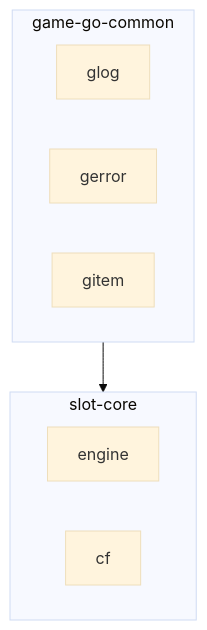
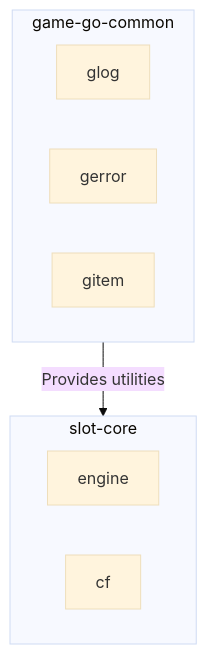
One commit to Aery9527/misty-marketplace changed the fourth of 8 diagrams in skills/write-md/references/mermaid-guide.md. Above: the diagram before and after it, drawn with Mermaid (base theme). The commit also changed other lines of this file and 11 other files, not shown here.

First line of the commit message:
docs(write-md): 精簡共通規則並修正 Mermaid 範例一致性

````diff
--- a/skills/write-md/references/mermaid-guide.md
+++ b/skills/write-md/references/mermaid-guide.md
@@ -104,13 +107,13 @@
 ```mermaid
 flowchart TD
     subgraph Common["game-go-common"]
         Glog["glog"]
         Gerror["gerror"]
         Gitem["gitem"]
     end
     subgraph Core["slot-core"]
         Engine["engine"]
         Cf["cf"]
     end
-    Common --> Core
+    Common -->|Provides utilities| Core
 ```
````
